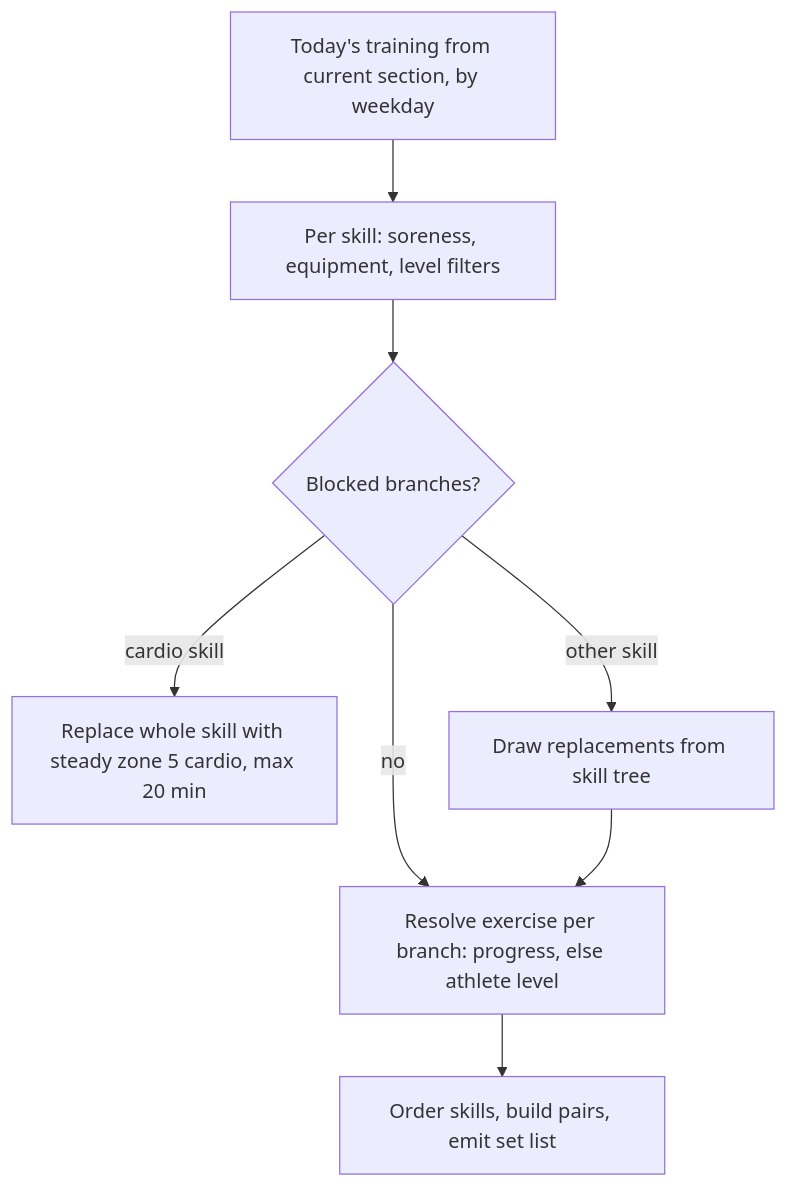
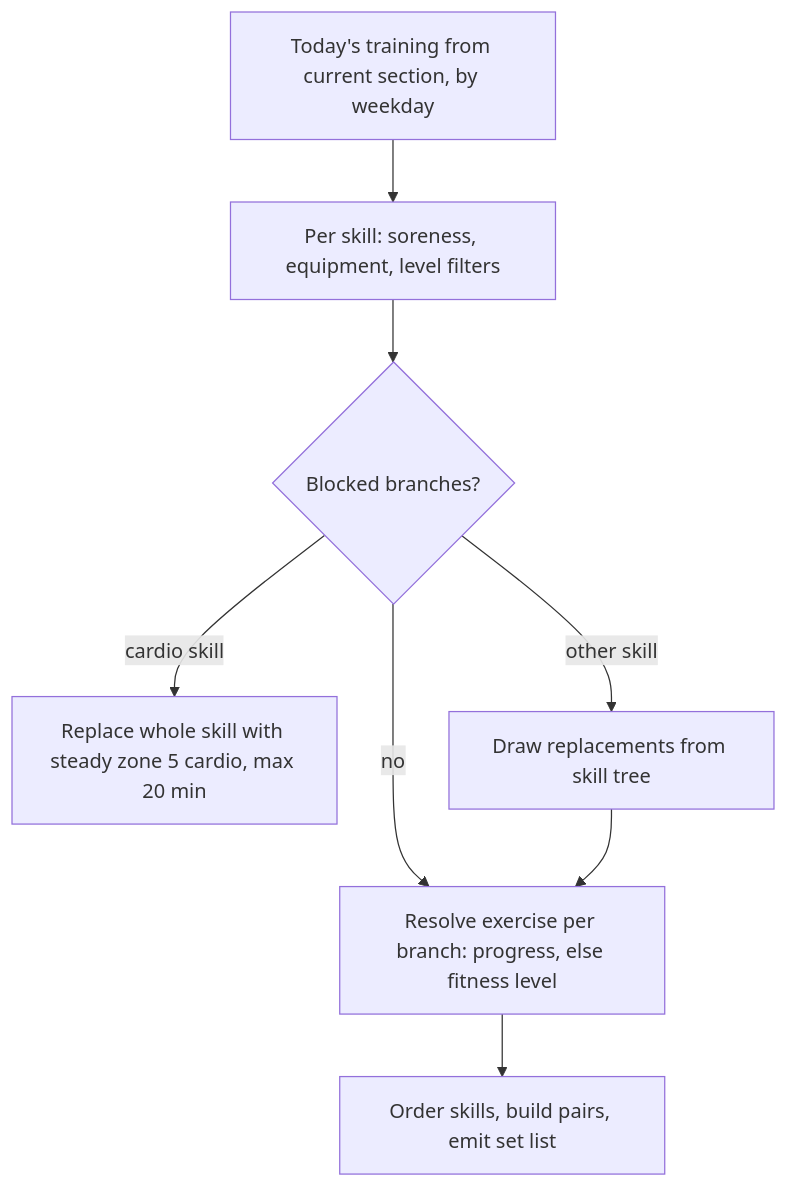
The diagram in athlete-mobile/docs/specs/session/plan-workout-generation.md (digital-athletic/sports-athletic), drawn with Mermaid before and after one commit. The commit also changed other lines of this file and 8 other files, not shown here.

Commit message:
call the athlete's level fitness level

````diff
--- a/athlete-mobile/docs/specs/session/plan-workout-generation.md
+++ b/athlete-mobile/docs/specs/session/plan-workout-generation.md
@@ -68,10 +68,10 @@
 ```mermaid
 flowchart TD
     A[Today's training from current section, by weekday] --> B[Per skill: soreness, equipment, level filters]
     B --> C{Blocked branches?}
-    C -- no --> F[Resolve exercise per branch: progress, else athlete level]
+    C -- no --> F[Resolve exercise per branch: progress, else fitness level]
     C -- cardio skill --> D[Replace whole skill with steady zone 5 cardio, max 20 min]
     C -- other skill --> E[Draw replacements from skill tree]
     E --> F
     F --> G[Order skills, build pairs, emit set list]
 ```
````
